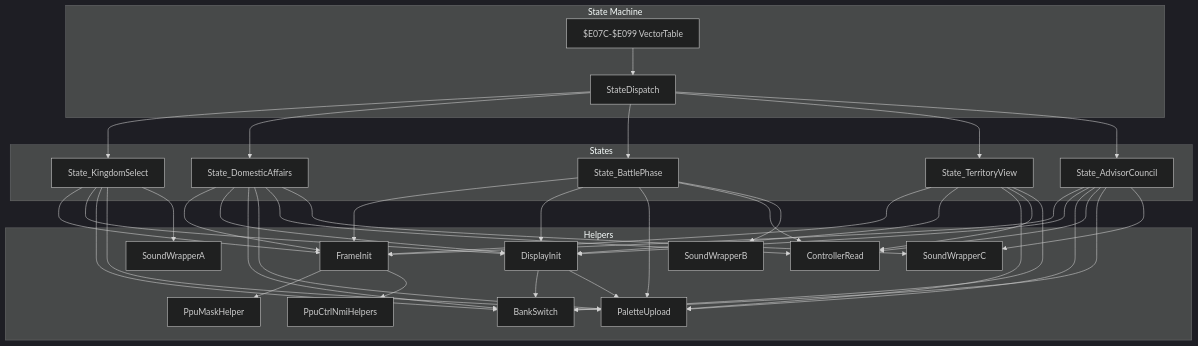
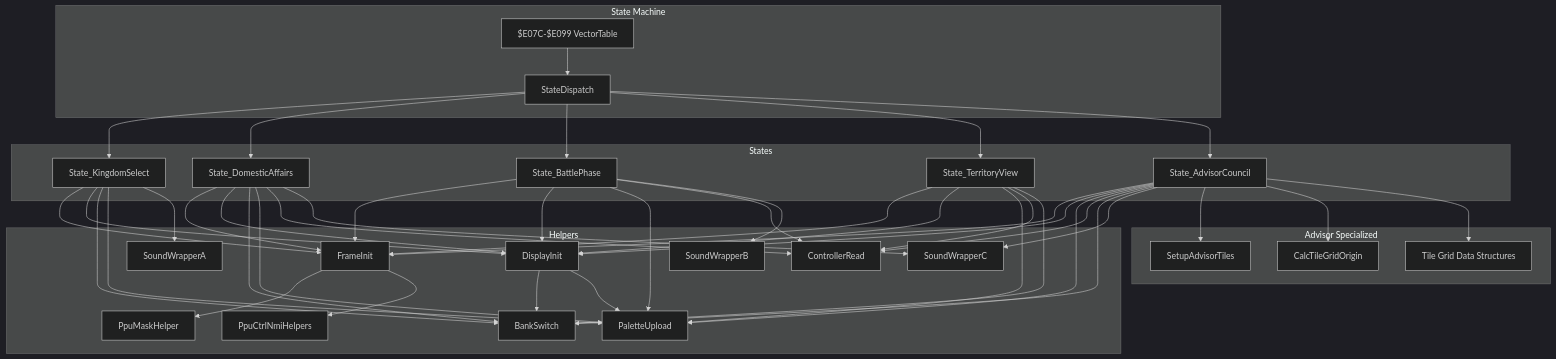
One commit to rabbyzero/sango2dasm changed the eighth of 8 diagrams in .qoder/repowiki/en/content/Game State Management/State Machine Architecture/State Procedures/Display and Interaction States.md. Above: the diagram before and after it, drawn with Mermaid (dark theme). The commit also changed other lines of this file and 16 other files, not shown here.

````diff
--- a/.qoder/repowiki/en/content/Game State Management/State Machine Architecture/State Procedures/Display and Interaction States.md
+++ b/.qoder/repowiki/en/content/Game State Management/State Machine Architecture/State Procedures/Display and Interaction States.md
@@ -359,63 +399,71 @@
 ```mermaid
 graph TB
 subgraph "State Machine"
 VTab["$E07C-$E099 VectorTable"]
 Disp["StateDispatch"]
 end
 subgraph "States"
 KSel["State_KingdomSelect"]
 DomAff["State_DomesticAffairs"]
 Batt["State_BattlePhase"]
 Terr["State_TerritoryView"]
 Adv["State_AdvisorCouncil"]
 end
 subgraph "Helpers"
 FI["FrameInit"]
 DI["DisplayInit"]
 CR["ControllerRead"]
 PM["PpuMaskHelper"]
 PN["PpuCtrlNmiHelpers"]
 PU["PaletteUpload"]
 BS["BankSwitch"]
 SWA["SoundWrapperA"]
 SWB["SoundWrapperB"]
 SWC["SoundWrapperC"]
+end
+subgraph "Advisor Specialized"
+SAT["SetupAdvisorTiles"]
+CTGO["CalcTileGridOrigin"]
+TGD["Tile Grid Data Structures"]
 end
 VTab --> Disp
 Disp --> KSel
 Disp --> DomAff
 Disp --> Batt
 Disp --> Terr
 Disp --> Adv
 KSel --> FI
 KSel --> DI
 KSel --> BS
 KSel --> PU
 KSel --> SWA
 DomAff --> FI
 DomAff --> DI
 DomAff --> BS
 DomAff --> PU
 DomAff --> CR
 DomAff --> SWC
 Batt --> FI
 Batt --> DI
 Batt --> PU
 Batt --> CR
 Batt --> SWB
 Terr --> FI
 Terr --> DI
 Terr --> PU
 Terr --> CR
 Terr --> BS
 Adv --> FI
 Adv --> DI
 Adv --> PU
 Adv --> CR
 Adv --> BS
 Adv --> SWC
+Adv --> SAT
+Adv --> CTGO
+Adv --> TGD
 DI --> BS
 DI --> PU
 FI --> PM
 FI --> PN
 ```
````
